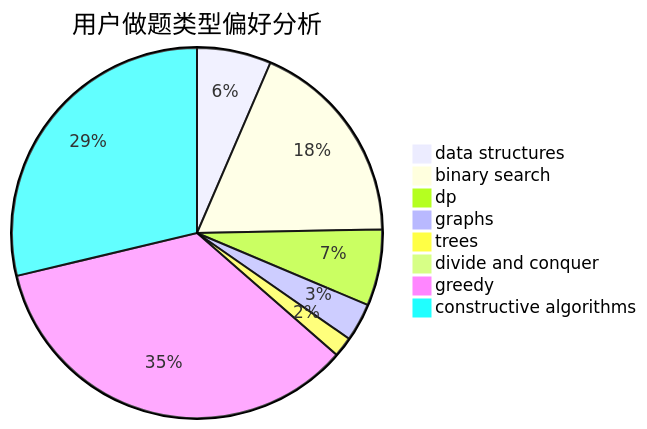
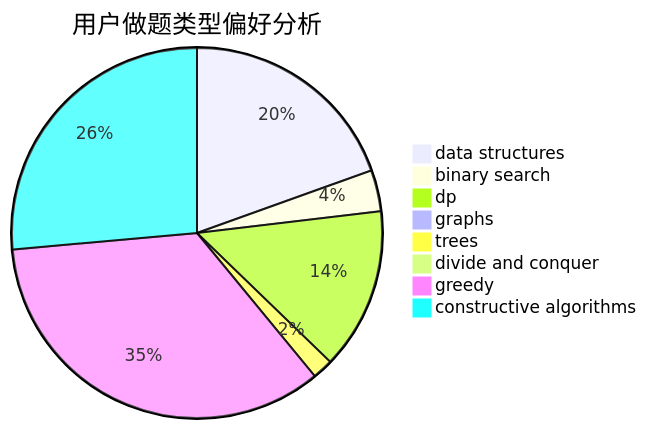
One commit to sherpahu/cfrs.github.io changed the second of 3 diagrams in docs/user/u1612.md. Above: the diagram before and after it, drawn with Mermaid. The commit also changed other lines of this file and 2770 other files, not shown here.

````diff
--- a/docs/user/u1612.md
+++ b/docs/user/u1612.md
@@ -23,11 +23,11 @@
 ```mermaid
 pie title 用户做题类型偏好分析
-    "data structures" :  37
-    "binary search" :  104
-    "dp" :  38
-    "graphs" :  19
-    "trees" :  10
+    "data structures" :  65
+    "binary search" :  12
+    "dp" :  47
+    "graphs" :  0
+    "trees" :  6
     "divide and conquer" :  0
-    "greedy" :  199
-    "constructive algorithms" :  164
+    "greedy" :  115
+    "constructive algorithms" :  88
 ```
````
